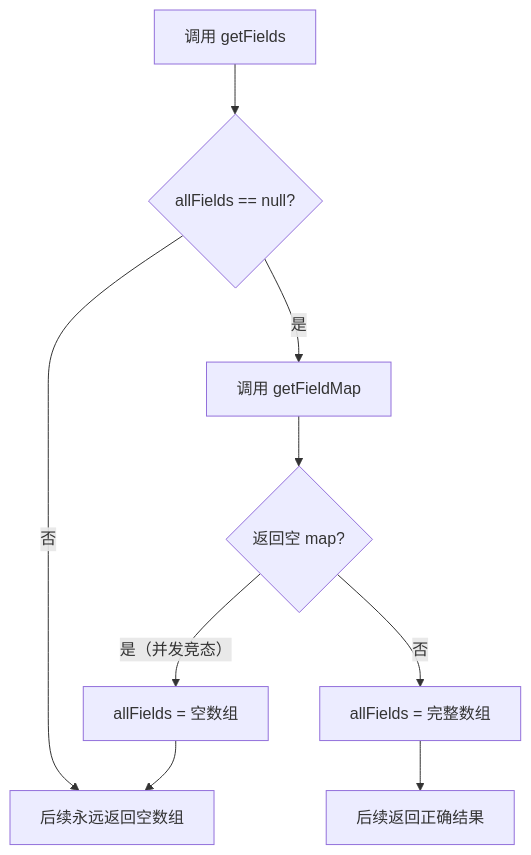
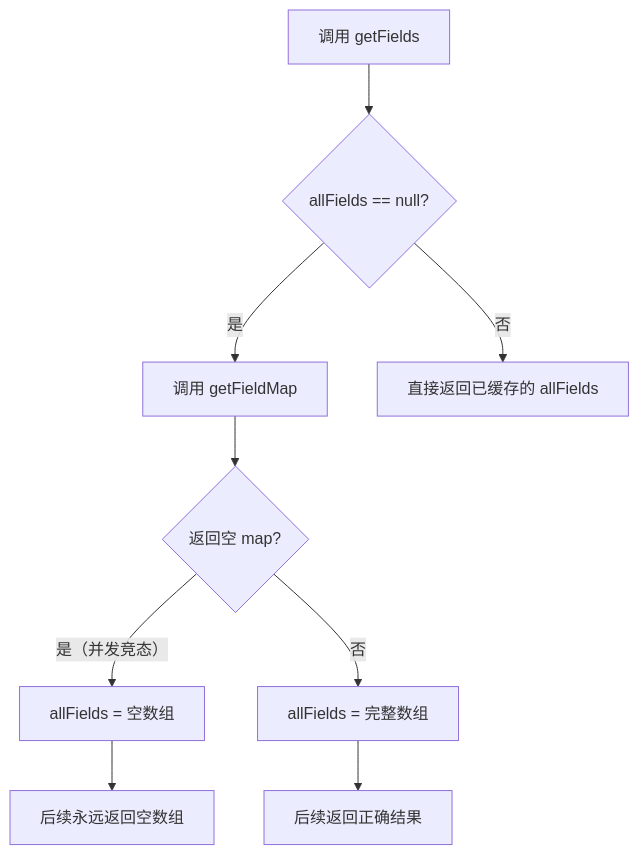
One commit to gadfly3173/gadfly3173.github.io changed the fourth of 8 diagrams in source/_posts/2026/05/timing-issues-in-business-development.md. Above: the diagram before and after it, drawn with Mermaid. The commit also changed other lines of this file, not shown here.

````diff
--- a/source/_posts/2026/05/timing-issues-in-business-development.md
+++ b/source/_posts/2026/05/timing-issues-in-business-development.md
@@ -302,11 +302,11 @@
 ```mermaid
 flowchart TD
     A[调用 getFields] --> B{allFields == null?}
     B -->|是| C[调用 getFieldMap]
     C --> D{返回空 map?}
     D -->|是（并发竞态）| E[allFields = 空数组]
     D -->|否| F[allFields = 完整数组]
     E --> G[后续永远返回空数组]
     F --> H[后续返回正确结果]
-    B -->|否| G
+    B -->|否| I[直接返回已缓存的 allFields]
 ```
````
